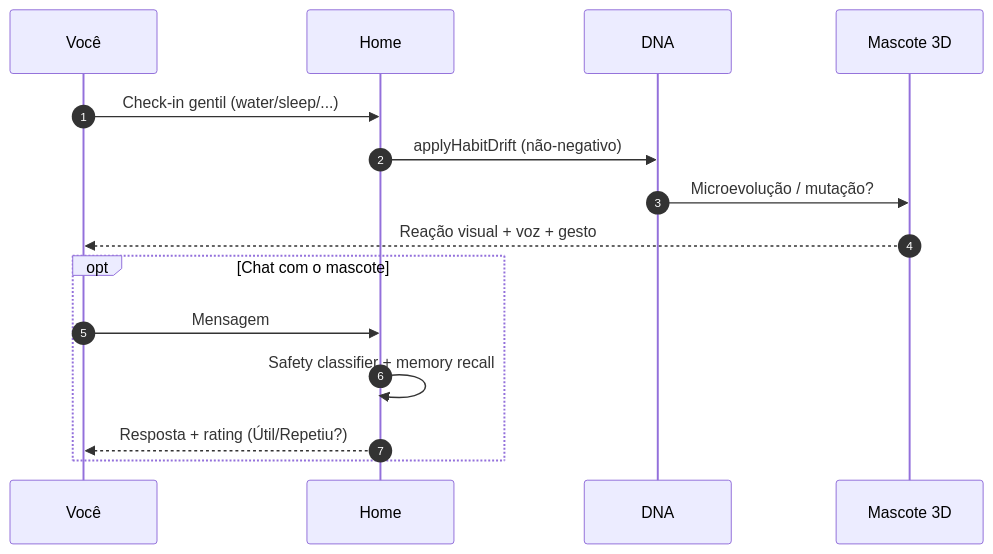
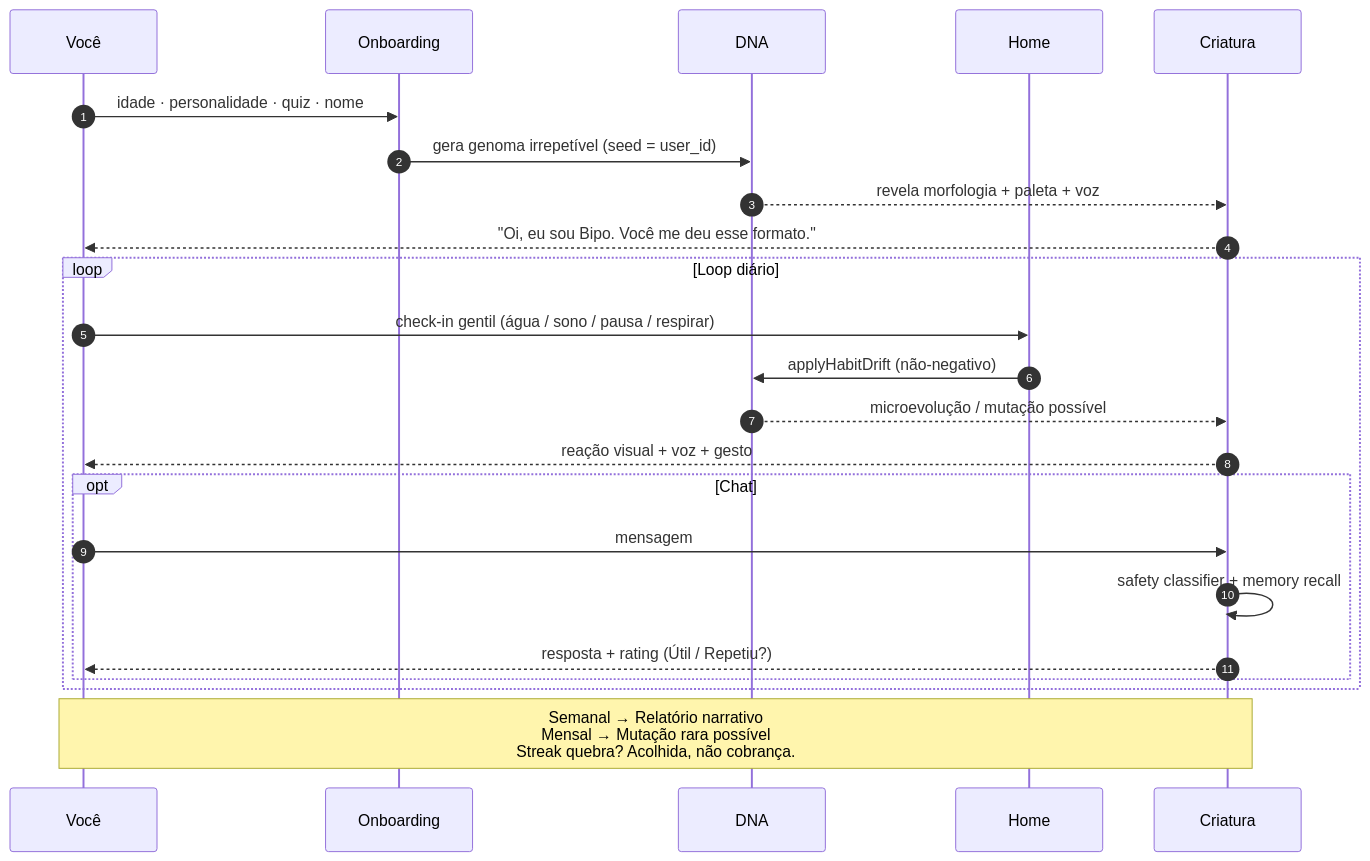
Before and after one commit to felipemenezes25000-spec/mascote: the second of 2 diagrams in README.md, drawn with Mermaid. The commit also changed other lines of this file, not shown here.

First line of the commit message:
docs: rewrite README with full product story, architecture and creature gallery

````diff
--- a/README.md
+++ b/README.md
@@ -296,19 +191,28 @@
 ```mermaid
 sequenceDiagram
   autonumber
-  participant 👤 as Você
-  participant 🏠 as Home
-  participant 🧬 as DNA
-  participant 🌱 as Mascote 3D
+  participant U as Você
+  participant ON as Onboarding
+  participant DNA as DNA
+  participant H as Home
+  participant C as Criatura
 
-  👤->>🏠: Check-in gentil (water/sleep/...)
-  🏠->>🧬: applyHabitDrift (não-negativo)
-  🧬->>🌱: Microevolução / mutação?
-  🌱-->>👤: Reação visual + voz + gesto
+  U->>ON: idade · personalidade · quiz · nome
+  ON->>DNA: gera genoma irrepetível (seed = user_id)
+  DNA-->>C: revela morfologia + paleta + voz
+  C-->>U: "Oi, eu sou Bipo. Você me deu esse formato."
 
-  opt Chat com o mascote
-    👤->>🏠: Mensagem
-    🏠->>🏠: Safety classifier + memory recall
-    🏠-->>👤: Resposta + rating (Útil/Repetiu?)
+  loop Loop diário
+    U->>H: check-in gentil (água / sono / pausa / respirar)
+    H->>DNA: applyHabitDrift (não-negativo)
+    DNA-->>C: microevolução / mutação possível
+    C-->>U: reação visual + voz + gesto
+    opt Chat
+      U->>C: mensagem
+      C->>C: safety classifier + memory recall
+      C-->>U: resposta + rating (Útil / Repetiu?)
+    end
   end
+
+  Note over U,C: Semanal → Relatório narrativo<br/>Mensal → Mutação rara possível<br/>Streak quebra? Acolhida, não cobrança.
 ```
````
